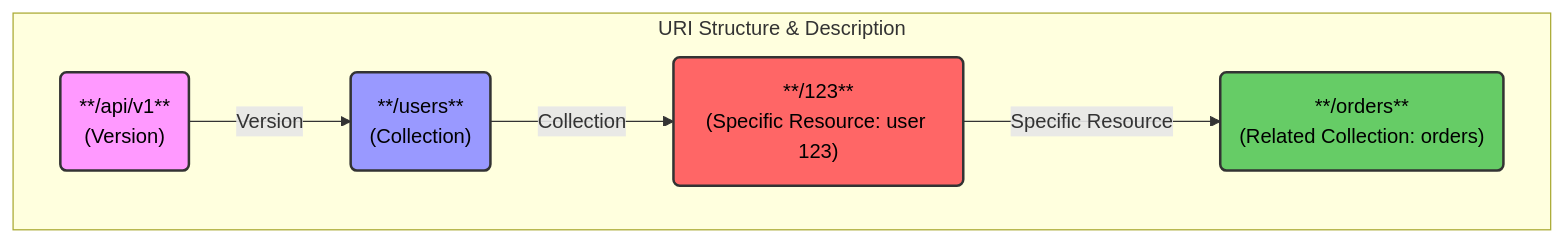
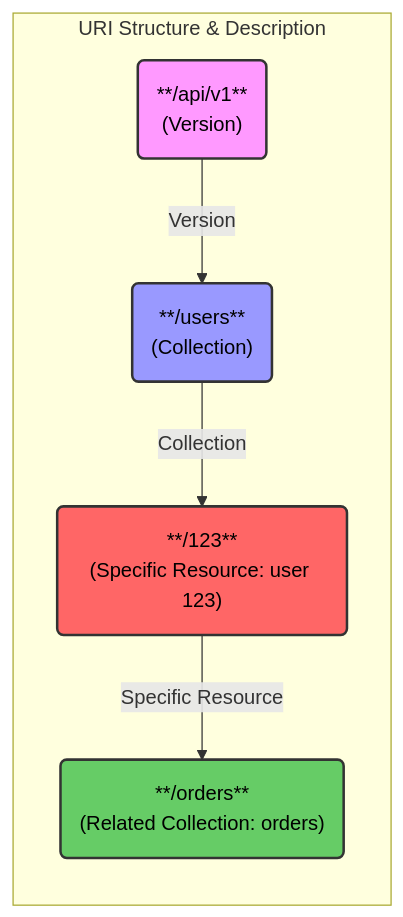
The second of 2 diagrams in software-architecture/api-paradigms/rest.md (bmeurant/technical-docs), drawn with Mermaid before and after one commit. The commit also changed 1 other file, not shown here.

Commit message:
docs(software-architecture): update authentication

````diff
--- a/software-architecture/api-paradigms/rest.md
+++ b/software-architecture/api-paradigms/rest.md
@@ -137,18 +137,18 @@
 ```mermaid
-graph TD
+graph LR
     subgraph URI Structure & Description
         V[/api/v1\] -- Version --> C[/users\]
         C -- Collection --> R[/123\]
         R -- Specific Resource --> RL[/orders\]
     end
 
     style V fill:#ff99ff,stroke:#333,stroke-width:2px,color:#000
     style C fill:#9999ff,stroke:#333,stroke-width:2px,color:#000
     style R fill:#ff6666,stroke:#333,stroke-width:2px,color:#000
     style RL fill:#66cc66,stroke:#333,stroke-width:2px,color:#000
 
     V("**/api/v1**<br/>(Version)")
     C("**/users**<br/>(Collection)")
     R("**/123**<br/>(Specific Resource: user 123)")
     RL("**/orders**<br/>(Related Collection: orders)")
 ```
````
